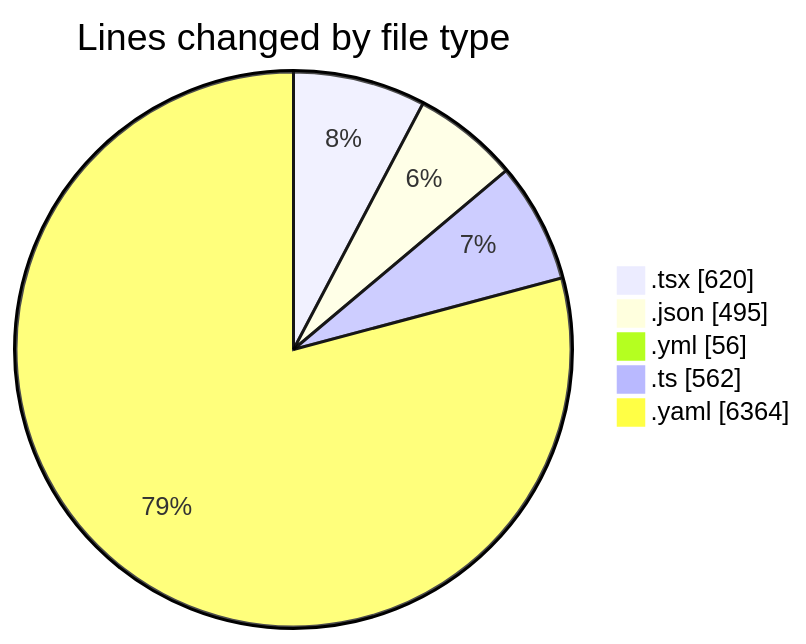
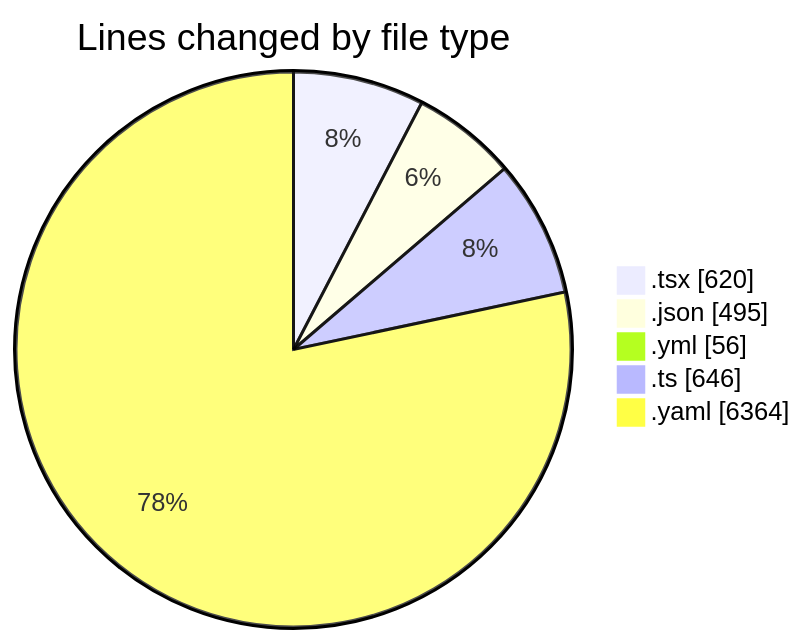
Before and after one commit to julien-gomy/code-tracking: the first of 2 diagrams in 2025-11-27/eventscop-frontend-guide__workspace_/README.md, drawn with Mermaid. The commit also changed other lines of this file and 1 other file, not shown here.

````diff
--- a/2025-11-27/eventscop-frontend-guide__workspace_/README.md
+++ b/2025-11-27/eventscop-frontend-guide__workspace_/README.md
@@ -38,9 +39,9 @@
 ```mermaid
 pie showData
 title Lines changed by file type
 ".tsx" : 620
 ".json" : 495
 ".yml" : 56
-".ts" : 562
+".ts" : 646
 ".yaml" : 6364
 ```
````
